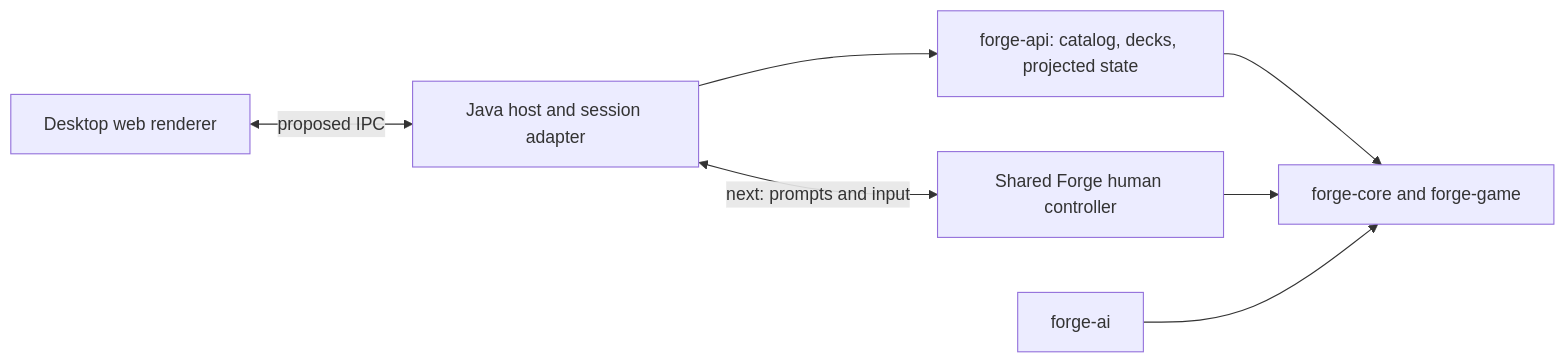
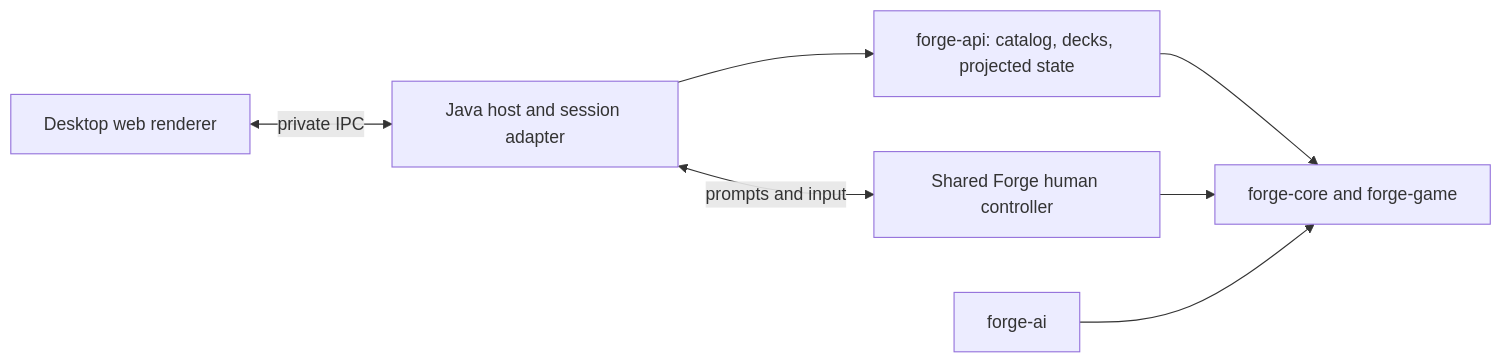
The diagram in forge-api/README.md (Card-Forge/forge), drawn with Mermaid before and after one commit. The commit also changed other lines of this file and 21 other files, not shown here.

````diff
--- a/forge-api/README.md
+++ b/forge-api/README.md
@@ -103,9 +106,9 @@
 ```mermaid
 flowchart LR
-    UI[Desktop web renderer] <-->|proposed IPC| Host[Java host and session adapter]
+    UI[Desktop web renderer] <-->|private IPC| Host[Java host and session adapter]
     Host --> API[forge-api: catalog, decks, projected state]
-    Host <-->|next: prompts and input| GUI[Shared Forge human controller]
+    Host <-->|prompts and input| GUI[Shared Forge human controller]
     API --> Engine[forge-core and forge-game]
     GUI --> Engine
     AI[forge-ai] --> Engine
 ```
````
